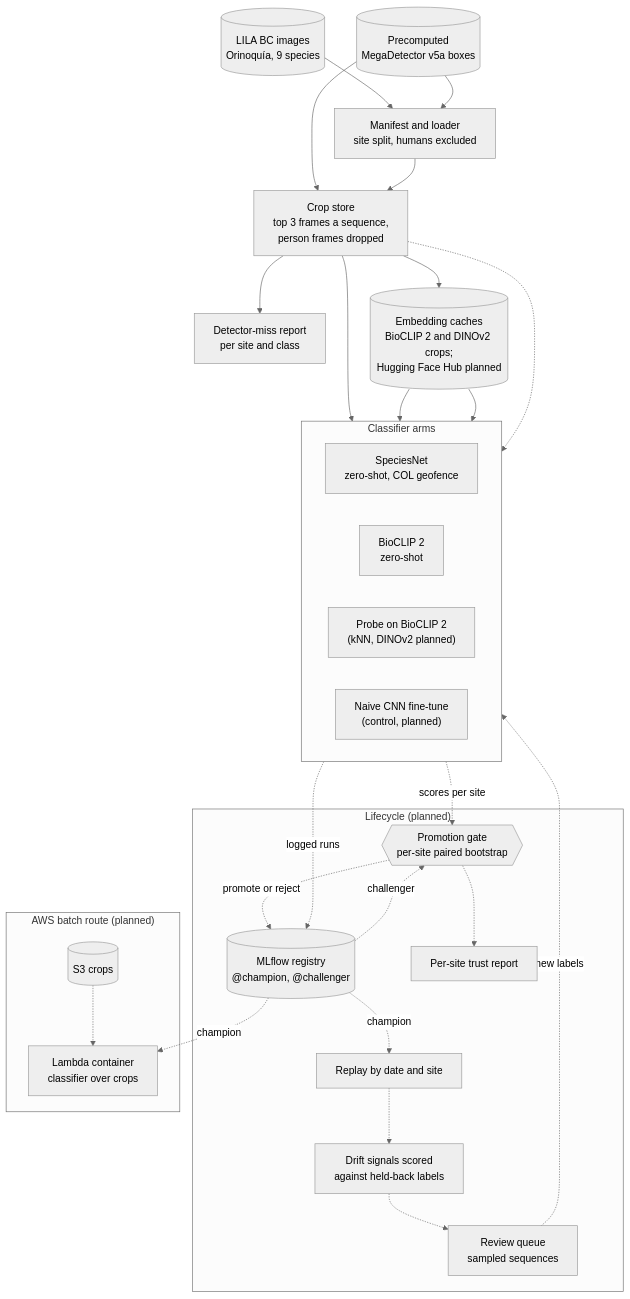
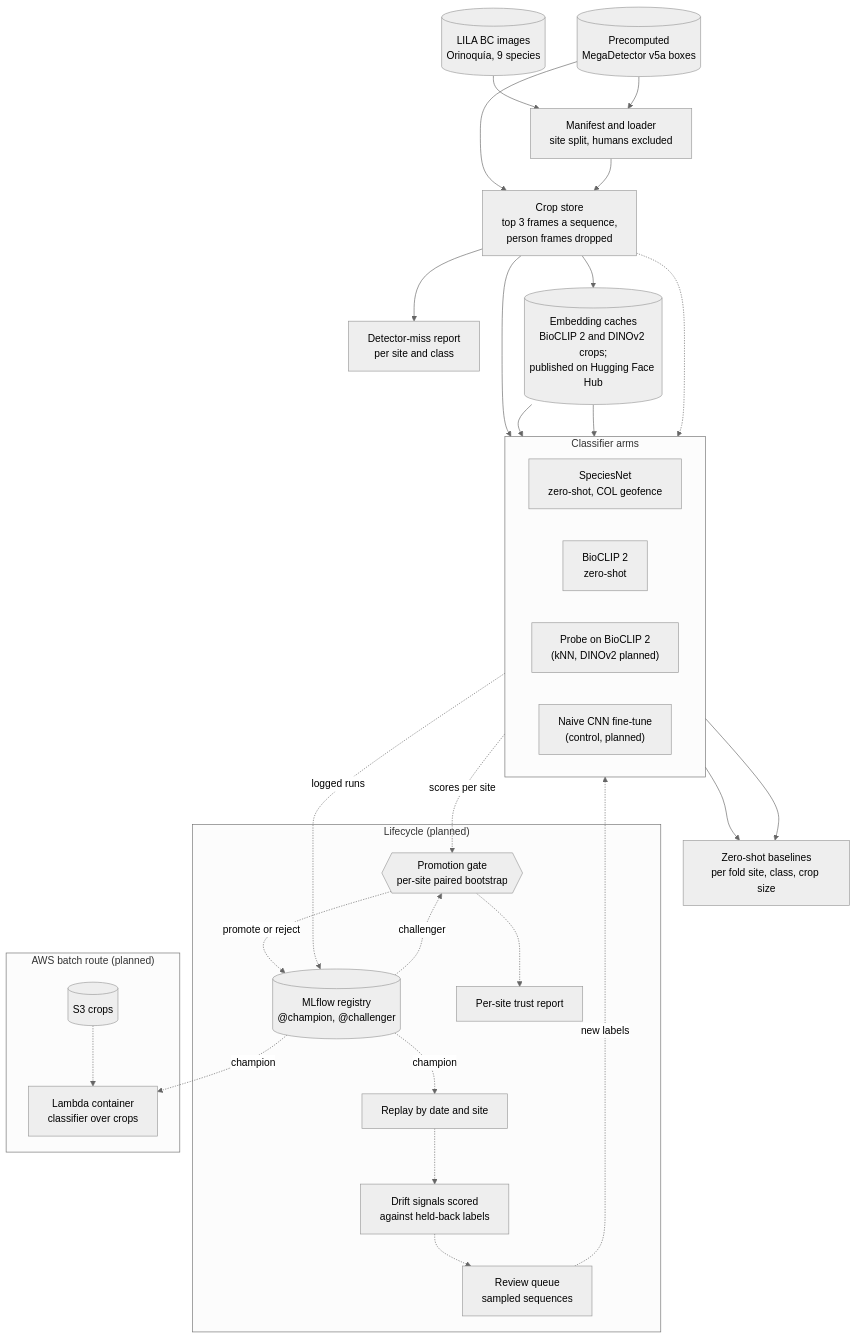
The diagram in README.md (benmacp123/camera-trap-mlops), drawn with Mermaid (neutral theme) before and after one commit. The commit also changed other lines of this file and 11 other files, not shown here.

Commit message:
Add baseline results and summary files for bioclip2 and speciesnet models

````diff
--- a/README.md
+++ b/README.md
@@ -56,45 +82,48 @@
 ```mermaid
 flowchart TB
     lila[("LILA BC images<br>Orinoquía, 9 species")] --> manifest["Manifest and loader<br>site split, humans excluded"]
     mdv5a[("Precomputed<br>MegaDetector v5a boxes")] --> manifest
     mdv5a --> crops["Crop store<br>top 3 frames a sequence,<br>person frames dropped"]
     manifest --> crops
     crops --> misses["Detector-miss report<br>per site and class"]
-    crops --> embeddings[("Embedding caches<br>BioCLIP 2 and DINOv2 crops;<br>Hugging Face Hub planned")]
+    crops --> embeddings[("Embedding caches<br>BioCLIP 2 and DINOv2 crops;<br>published on Hugging Face Hub")]
 
     subgraph arms ["Classifier arms"]
         direction LR
         speciesnet["SpeciesNet<br>zero-shot, COL geofence"]
         bioclip["BioCLIP 2<br>zero-shot"]
         probe["Probe on BioCLIP 2<br>(kNN, DINOv2 planned)"]
         cnn["Naive CNN fine-tune<br>(control, planned)"]
     end
 
     crops --> speciesnet
     embeddings --> bioclip
     embeddings --> probe
     crops -.-> cnn
+
+    speciesnet --> baselines["Zero-shot baselines<br>per fold site, class, crop size"]
+    bioclip --> baselines
 
     subgraph lifecycle ["Lifecycle (planned)"]
         mlflow[("MLflow registry<br>@champion, @challenger")]
         gate{{"Promotion gate<br>per-site paired bootstrap"}}
         report["Per-site trust report"]
         replay["Replay by date and site"]
         drift["Drift signals scored<br>against held-back labels"]
         review["Review queue<br>sampled sequences"]
         mlflow -. "challenger" .-> gate
         gate -. "promote or reject" .-> mlflow
         gate -.-> report
         mlflow -. "champion" .-> replay -.-> drift -.-> review
     end
 
     arms -. "scores per site" .-> gate
     arms -. "logged runs" .-> mlflow
     review -. "new labels" .-> arms
 
     subgraph aws ["AWS batch route (planned)"]
         s3[("S3 crops")] -.-> lambda["Lambda container<br>classifier over crops"]
     end
 
     mlflow -. "champion" .-> lambda
 ```
````
